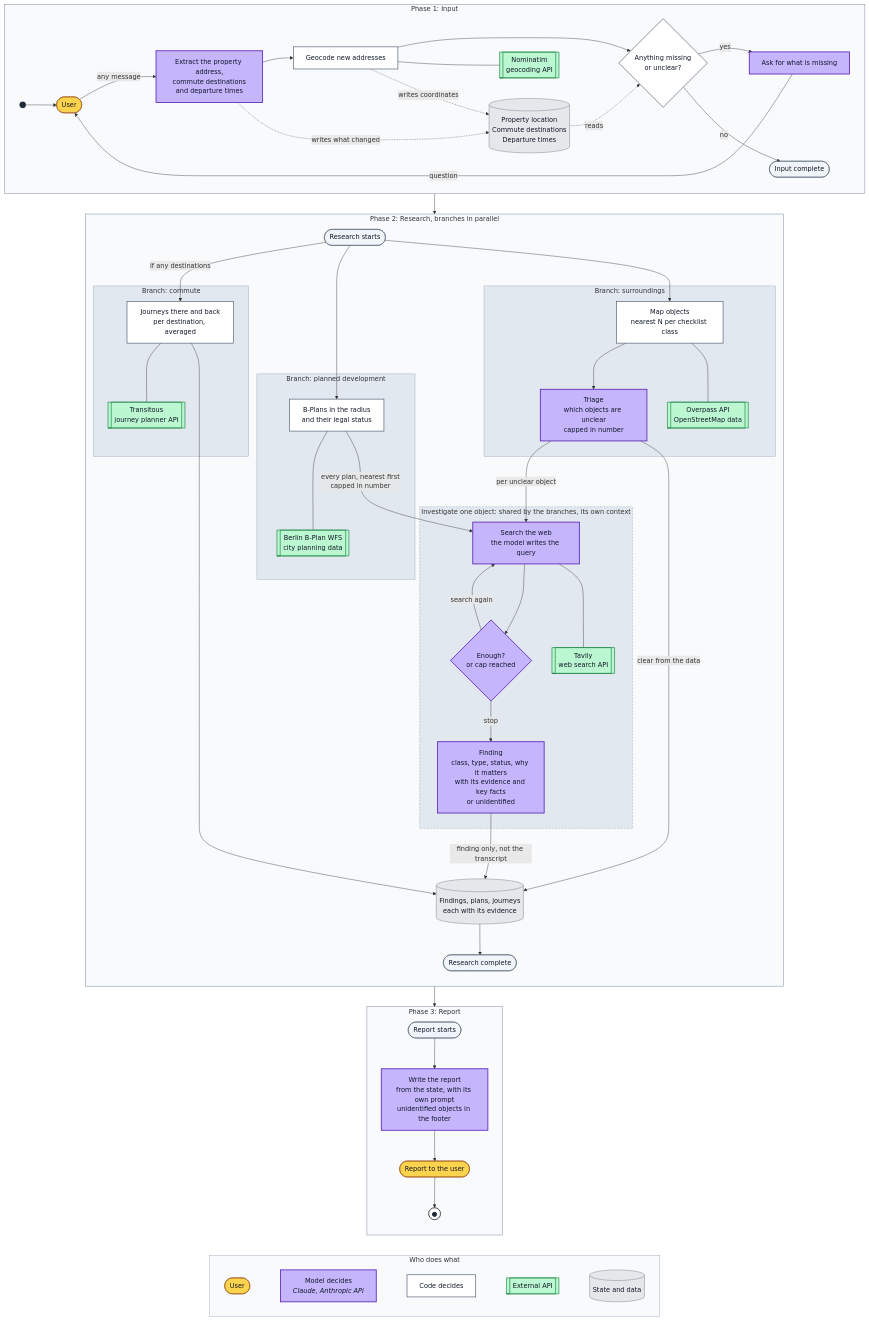
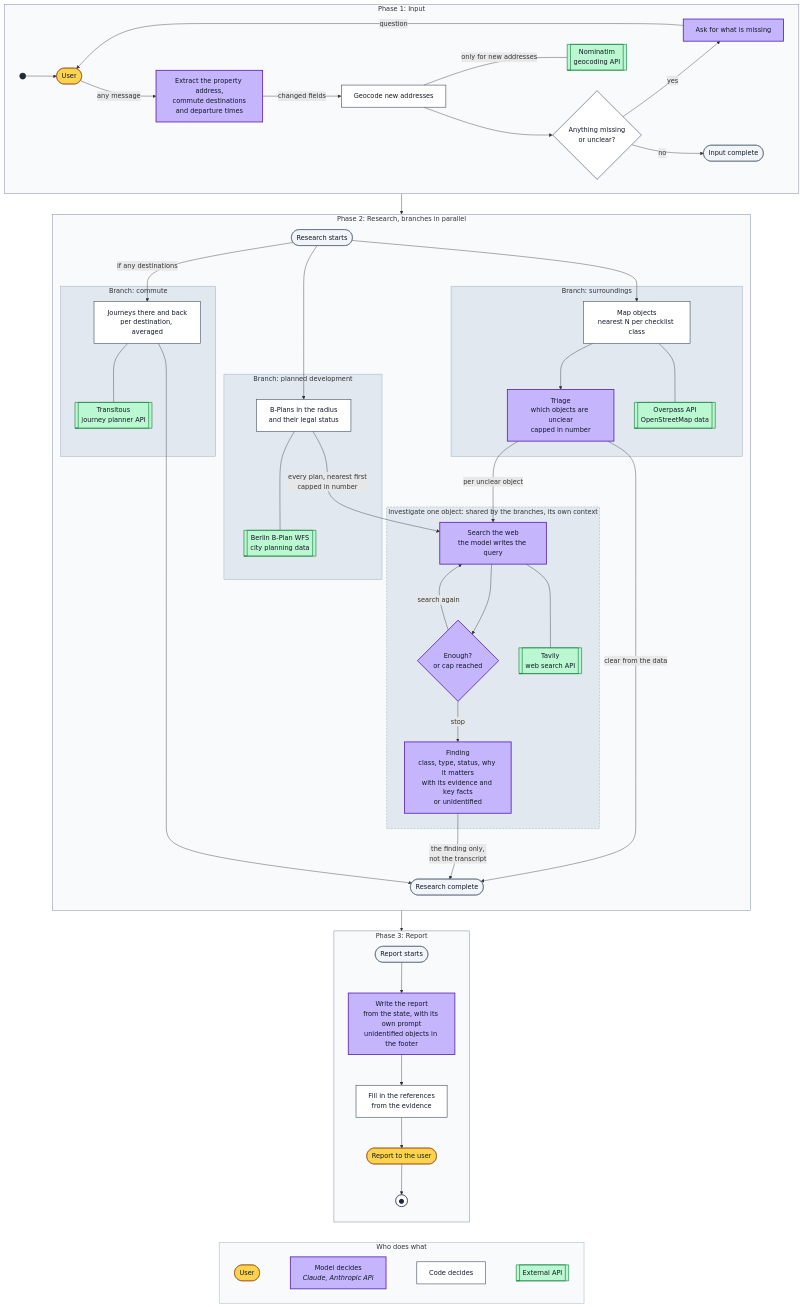
Before and after one commit to avashchenkov/out-of-frame: the first of 2 diagrams in docs/architecture.md, drawn with Mermaid. The commit also changed other lines of this file, not shown here.

Commit message:
docs: take the state off the flowchart and list reads and writes per step

```diff
--- a/docs/architecture.md
+++ b/docs/architecture.md
@@ -13,17 +13,14 @@
         M["Extract the property address,<br/>commute destinations<br/>and departure times"]:::model
         G["Geocode new addresses"]:::code
         NOM[["Nominatim<br/>geocoding API"]]:::ext
-        PR[("Property location<br/>Commute destinations<br/>Departure times")]:::data
         C{"Anything missing<br/>or unclear?"}:::code
         A["Ask for what is missing"]:::model
         DONE(["Input complete"]):::milestone
         START --> U
         U -->|"any message"| M
-        M --> G --> C
-        G --- NOM
-        M -.->|"writes what changed"| PR
-        G -.->|"writes coordinates"| PR
-        PR -.->|"reads"| C
+        M -->|"changed fields"| G
+        G --> C
+        G ---|"only for new addresses"| NOM
         C -->|"yes"| A
         A -->|"question"| U
         C -->|"no"| DONE
@@ -51,7 +48,6 @@
             D{"Enough?<br/>or cap reached"}:::model
             F["Finding<br/>class, type, status, why it matters<br/>with its evidence and key facts<br/>or unidentified"]:::model
         end
-        FS[("Findings, plans, journeys<br/>each with its evidence")]:::data
         JN(["Research complete"]):::milestone
         J --> OV
         J --> PL
@@ -65,10 +61,9 @@
         S --- TAV
         D -->|"search again"| S
         D -->|"stop"| F
-        T -->|"clear from the data"| FS
-        F -->|"finding only, not the transcript"| FS
-        TR --> FS
-        FS --> JN
+        T -->|"clear from the data"| JN
+        F -->|"the finding only,<br/>not the transcript"| JN
+        TR --> JN
         TR ~~~ PL
         TR --- TRA
     end
@@ -77,9 +72,10 @@
         direction TB
         RS(["Report starts"]):::milestone
         W["Write the report<br/>from the state, with its own prompt<br/>unidentified objects in the footer"]:::model
+        REF["Fill in the references<br/>from the evidence"]:::code
         OUT(["Report to the user"]):::human
         STOP(("●")):::stop
-        RS --> W --> OUT --> STOP
+        RS --> W --> REF --> OUT --> STOP
     end
 
     INPUT --> RESEARCH
@@ -91,15 +87,13 @@
         k2["Model decides<br/><i>Claude, Anthropic API</i>"]:::model
         k3["Code decides"]:::code
         k5[["External API"]]:::ext
-        k4[("State and data")]:::data
-        k1 ~~~ k2 ~~~ k3 ~~~ k5 ~~~ k4
+        k1 ~~~ k2 ~~~ k3 ~~~ k5
     end
     REPORT ~~~ KEY
 
     classDef human fill:#fcd34d,stroke:#92400e,color:#111827
     classDef model fill:#c4b5fd,stroke:#5b21b6,stroke-width:2px,color:#111827
     classDef code fill:#ffffff,stroke:#475569,stroke-width:1.5px,color:#111827
-    classDef data fill:#e5e7eb,stroke:#6b7280,color:#111827
     classDef ext fill:#bbf7d0,stroke:#15803d,stroke-width:1.5px,color:#111827
     classDef milestone fill:#f1f5f9,stroke:#475569,color:#111827
     classDef start fill:#1f2937,stroke:#1f2937,color:#1f2937
```
